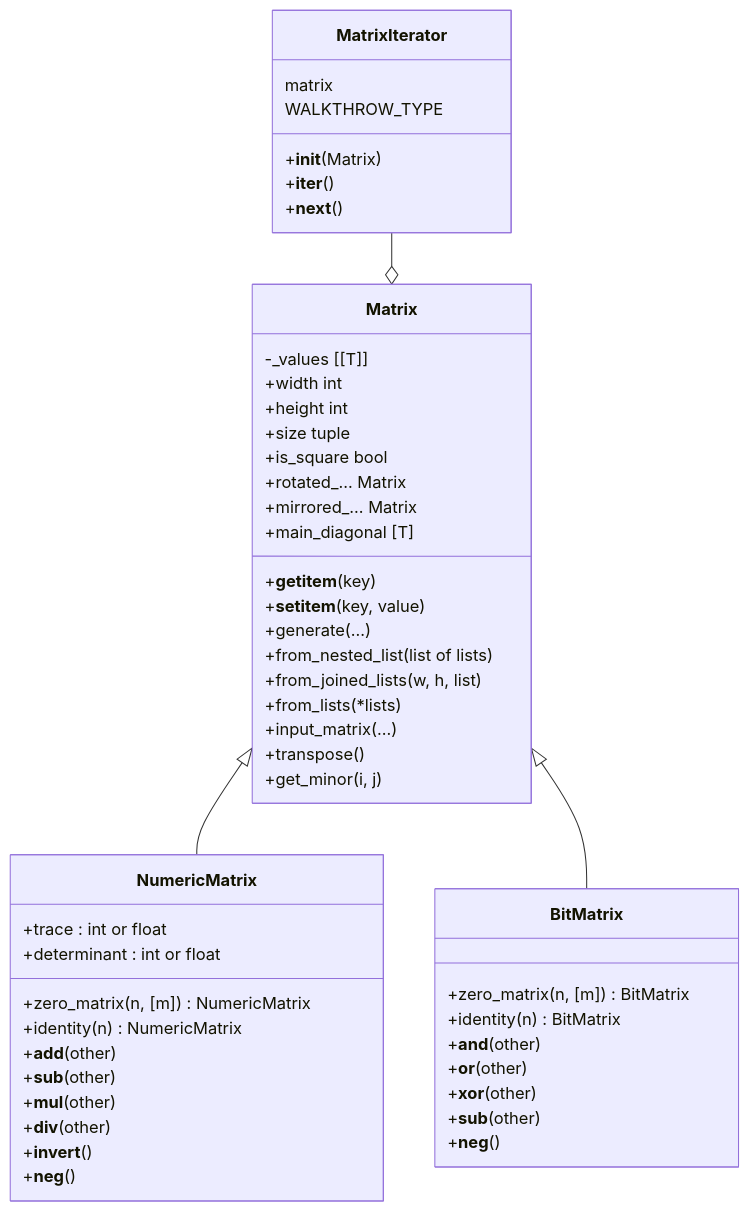
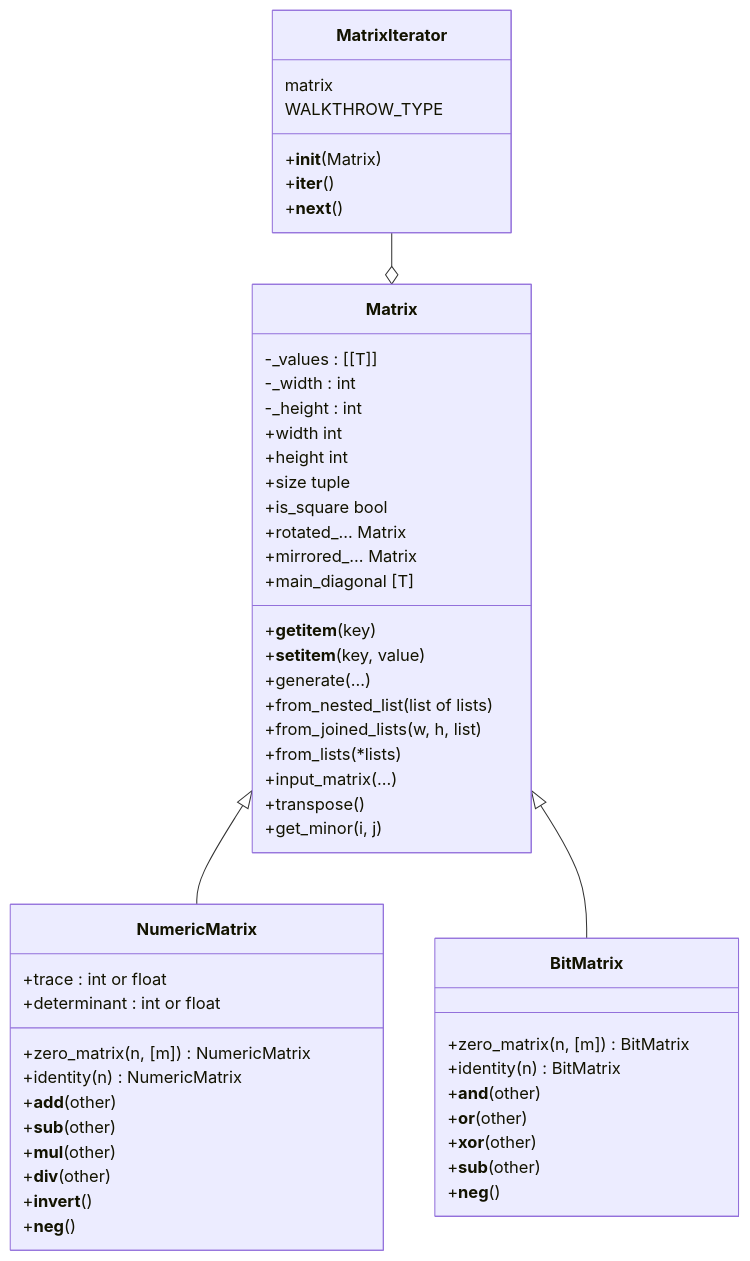
The third of 3 diagrams in README.md (Quantum-0/custom-python-structures), drawn with Mermaid before and after one commit. The commit also changed other lines of this file, not shown here.

````diff
--- a/README.md
+++ b/README.md
@@ -51,51 +55,53 @@
 ```mermaid
 classDiagram
         Matrix <|-- NumericMatrix
         Matrix <|-- BitMatrix
         class Matrix{
-            -_values [[T]]
+            -_values : [[T]]
+            -_width : int
+            -_height : int
             +width int
             +height int
             +size tuple
             +is_square bool
             +rotated_... Matrix
             +mirrored_... Matrix
             +main_diagonal [T]
             +__getitem__(key)
             +__setitem__(key, value)
             +generate(...)
             +from_nested_list(list of lists)
             +from_joined_lists(w, h, list)
             +from_lists(*lists)
             +input_matrix(...)
             +transpose()
             +get_minor(i, j)
         }
         class NumericMatrix{
             +zero_matrix(n, [m]) NumericMatrix
             +identity(n) NumericMatrix
             +trace : int or float
             +determinant : int or float
             +__add__(other)
             +__sub__(other)
             +__mul__(other)
             +__div__(other)
             +__invert__()
             +__neg__()
         }
         class BitMatrix{
             +zero_matrix(n, [m]) BitMatrix
             +identity(n) BitMatrix
             +__and__(other)
             +__or__(other)
             +__xor__(other)
             +__sub__(other)
             +__neg__()
         }
         MatrixIterator --o Matrix
         MatrixIterator: matrix
         MatrixIterator: WALKTHROW_TYPE
         MatrixIterator: +__init__(Matrix)
         MatrixIterator: +__iter__()
         MatrixIterator: +__next__()
 ```
````
